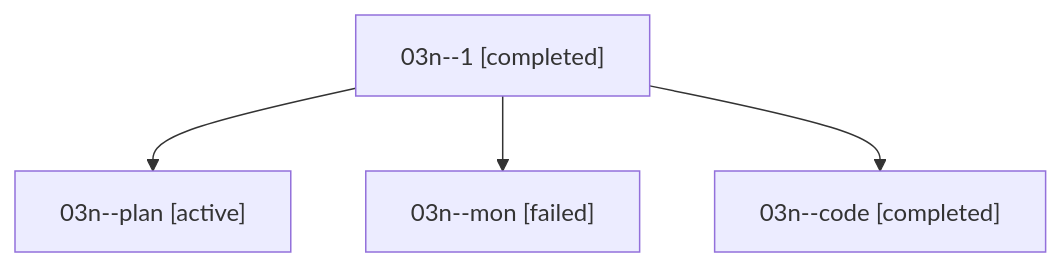
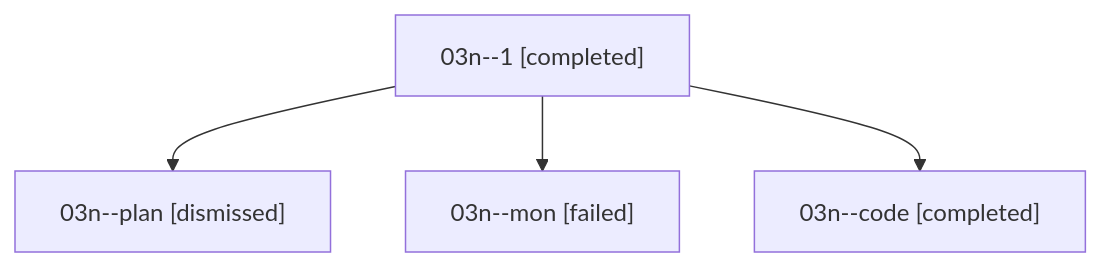
One commit to sase-org/sase--agents changed the diagram in sessions/bbugyi200.athena.03n.md. Above: the diagram before and after it, drawn with Mermaid. The commit also changed other lines of this file and 34 other files, not shown here.

````diff
--- a/sessions/bbugyi200.athena.03n.md
+++ b/sessions/bbugyi200.athena.03n.md
@@ -9,10 +9,10 @@
 ```mermaid
 flowchart TD
   n0["03n--1 [completed]"]
-  n1["03n--plan [active]"]
+  n1["03n--plan [dismissed]"]
   n0 --> n1
   n2["03n--mon [failed]"]
   n0 --> n2
   n3["03n--code [completed]"]
   n0 --> n3
 ```
````
